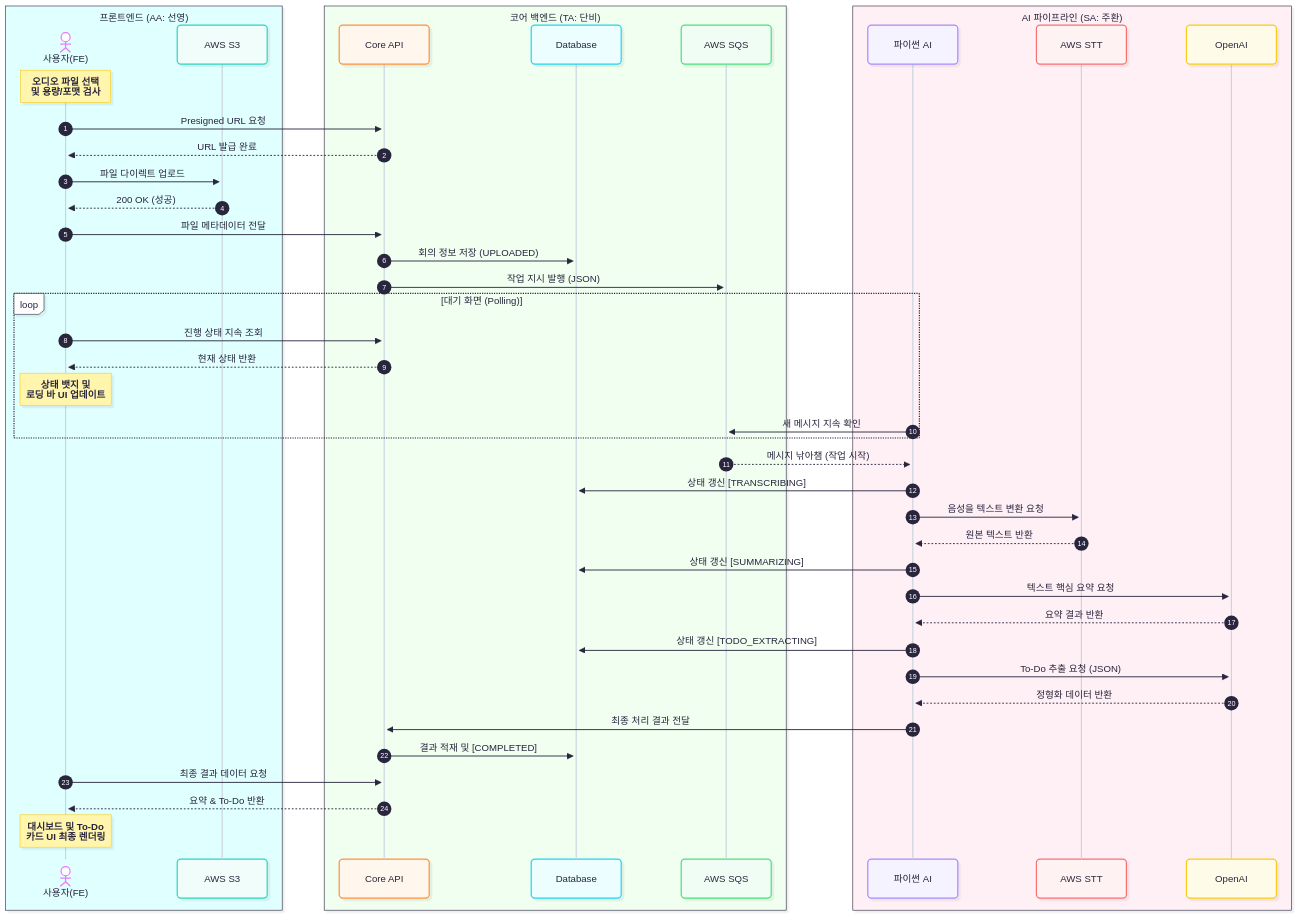
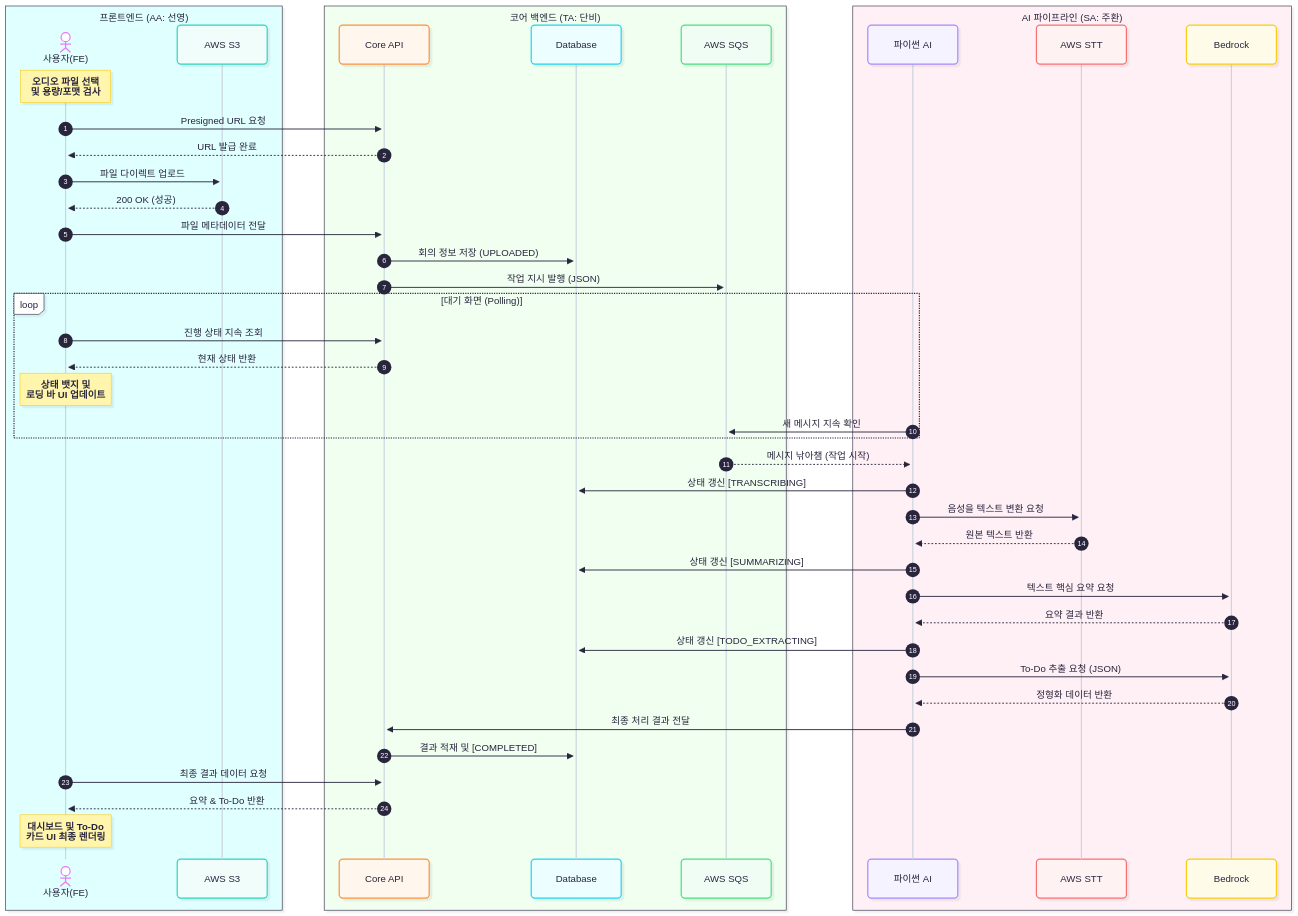
Before and after one commit to jinseonyeong087-ship-it/MeetUs: the diagram in ai-pipeline/docs/ARCHITECTURE.md, drawn with Mermaid. The commit also changed other lines of this file and 11 other files, not shown here.

````diff
--- a/ai-pipeline/docs/ARCHITECTURE.md
+++ b/ai-pipeline/docs/ARCHITECTURE.md
@@ -36,70 +36,70 @@
 ```mermaid
 ---
 config:
   themeVariables:
     actorLineColor: '#cbd5e1'
   sequence:
     actorMargin: 100
     messageMargin: 50
     noteMargin: 10
   look: neo
   theme: redux-color
 ---
 sequenceDiagram
     autonumber
 
     box LightCyan 프론트엔드 (AA: 선영)
         actor Client as 사용자(FE)
         participant S3 as AWS S3
     end
 
     box Honeydew 코어 백엔드 (TA: 단비)
         participant Core as Core API
         participant DB as Database
         participant SQS as AWS SQS
     end
 
     box LavenderBlush AI 파이프라인 (SA: 주환)
         participant AI as 파이썬 AI
         participant STT as AWS STT
-        participant LLM as OpenAI
+        participant LLM as Bedrock
     end
 
     %% 1단계: 업로드 준비
     Note over Client: 오디오 파일 선택<br/>및 용량/포맷 검사
     Client->>Core: Presigned URL 요청
     Core-->>Client: URL 발급 완료
 
     %% 2단계: 실제 파일 업로드
     Client->>S3: 파일 다이렉트 업로드
     S3-->>Client: 200 OK (성공)
     Client->>Core: 파일 메타데이터 전달
     Core->>DB: 회의 정보 저장 (UPLOADED)
     Core->>SQS: 작업 지시 발행 (JSON)
 
     %% 3단계: 비동기 대기
     loop 대기 화면 (Polling)
         Client->>Core: 진행 상태 지속 조회
         Core-->>Client: 현재 상태 반환
         Note over Client: 상태 뱃지 및<br/>로딩 바 UI 업데이트
         AI->>SQS: 새 메시지 지속 확인
     end
 
     %% 4단계: AI 엔진 작업
     SQS-->>AI: 메시지 낚아챔 (작업 시작)
     AI->>DB: 상태 갱신 [TRANSCRIBING]
     AI->>STT: 음성을 텍스트 변환 요청
     STT-->>AI: 원본 텍스트 반환
     AI->>DB: 상태 갱신 [SUMMARIZING]
     AI->>LLM: 텍스트 핵심 요약 요청
     LLM-->>AI: 요약 결과 반환
     AI->>DB: 상태 갱신 [TODO_EXTRACTING]
     AI->>LLM: To-Do 추출 요청 (JSON)
     LLM-->>AI: 정형화 데이터 반환
     %% 5단계: 마무리
     AI->>Core: 최종 처리 결과 전달
     Core->>DB: 결과 적재 및 [COMPLETED]
     Client->>Core: 최종 결과 데이터 요청
     Core-->>Client: 요약 & To-Do 반환
     Note over Client: 대시보드 및 To-Do<br/>카드 UI 최종 렌더링
 ```
````
